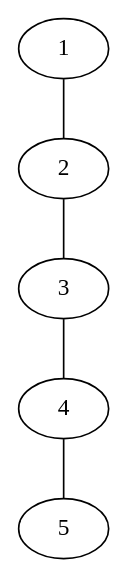
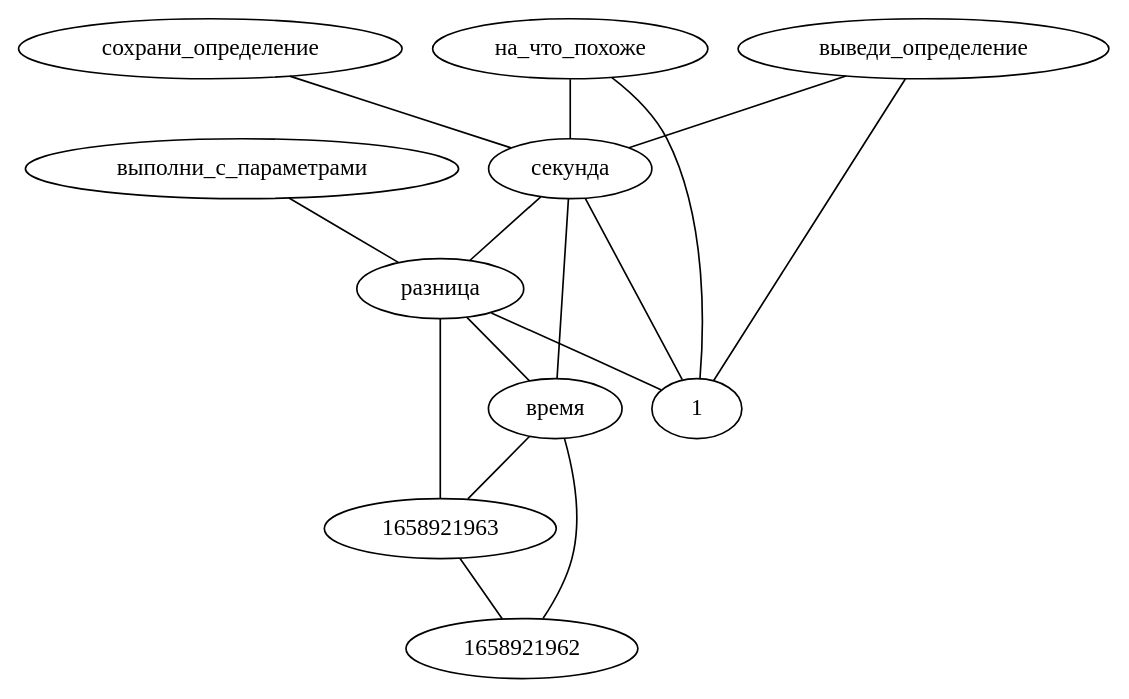
One commit to LeonovEvgenii/AGI changed the diagram in graphs/local_graph.dot. Above: the diagram before and after it, drawn with Graphviz. The commit also changed 3 other files, not shown here.

```diff
--- a/graphs/local_graph.dot
+++ b/graphs/local_graph.dot
@@ -1,6 +1,17 @@
 strict graph G {
-"1" -- "2"
-"2" -- "3"
-"3" -- "4"
-"4" -- "5"
+"время" -- "1658921962"
+"время" -- "1658921963"
+"выполни_с_параметрами" -- "разница"
+"разница" -- "1658921963"
+"1658921963" -- "1658921962"
+"разница" -- "1"
+"сохрани_определение" -- "секунда"
+"секунда" -- "1"
+"разница" -- "время"
+"секунда" -- "разница"
+"секунда" -- "время"
+"выведи_определение" -- "секунда"
+"выведи_определение" -- "1"
+"на_что_похоже" -- "1"
+"на_что_похоже" -- "секунда"
 }
```
